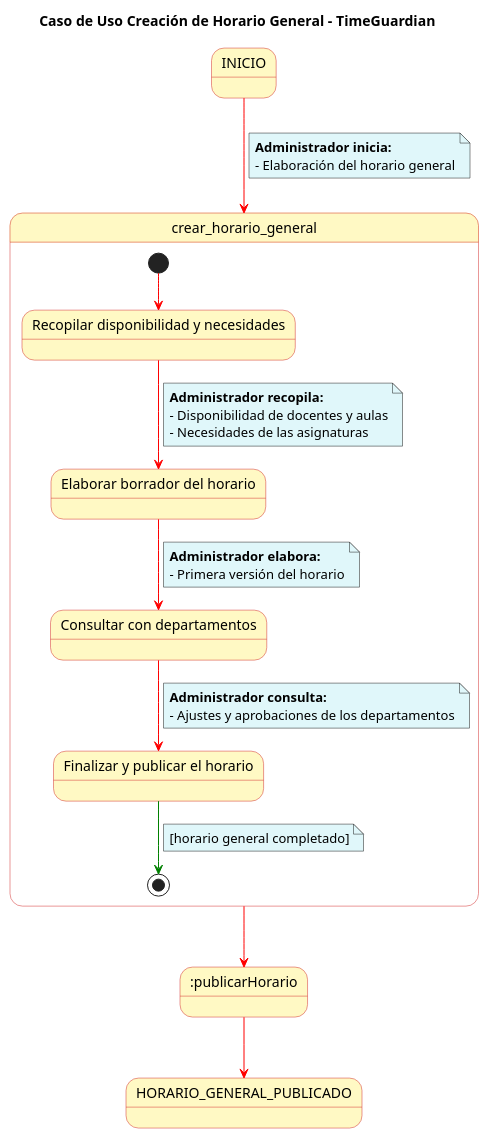
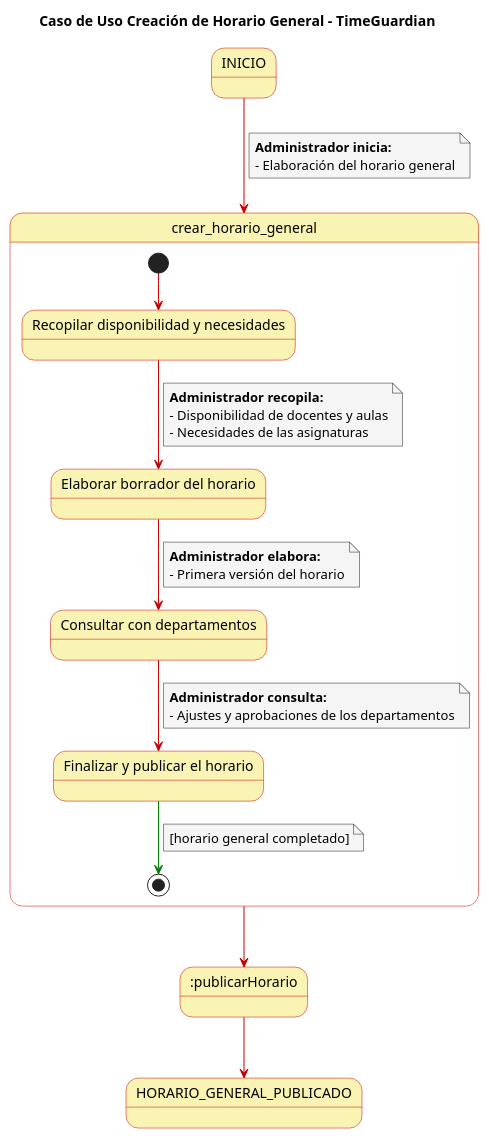
The diagram in Casos de Uso/Detalles de creación de horario.puml (FernandoWilliam26/23-24-IdSw1-SDR), drawn with PlantUML before and after one commit. The commit also changed other lines of this file and 1 other file, not shown here.

```diff
--- a/Casos de Uso/Detalles de creación de horario.puml
+++ b/Casos de Uso/Detalles de creación de horario.puml
@@ -1,55 +1,55 @@
 @startuml
 
 skinparam state {
-  BackgroundColor #fff9c4
-  BorderColor #d32f2f
+  BackgroundColor #faf4b4
+  BorderColor #c90000
 }
 
 skinparam note {
-  BackgroundColor #e0f7fa
+  BackgroundColor #f5f5f5
 }
 
 skinparam linetype polyline
 
 title Caso de Uso Creación de Horario General - TimeGuardian
 
-INICIO -[#red]-> crear_horario_general
+INICIO -[#c90000]-> crear_horario_general
 note on link
   **Administrador inicia:**
   - Elaboración del horario general
 end note
 
 state crear_horario_general {
   state "Recopilar disponibilidad y necesidades" as A
   state "Elaborar borrador del horario" as B
   state "Consultar con departamentos" as C
   state "Finalizar y publicar el horario" as D
 
-  [*] -[#red]-> A
-  A -[#red]-> B
+  [*] -[#c90000]-> A
+  A -[#c90000]-> B
   note on link
       **Administrador recopila:**
       - Disponibilidad de docentes y aulas
       - Necesidades de las asignaturas
   end note
-  B -[#red]-> C
+  B -[#c90000]-> C
   note on link
     **Administrador elabora:**
     - Primera versión del horario
   end note
-  C -[#red]-> D
+  C -[#c90000]-> D
   note on link
     **Administrador consulta:**
     - Ajustes y aprobaciones de los departamentos
   end note
   D -[#green]-> [*]
   note on link
     [horario general completado]
   end note
 }
 
-crear_horario_general -[#red]-> :publicarHorario
+crear_horario_general -[#c90000]-> :publicarHorario
 
-:publicarHorario -[#red]-> HORARIO_GENERAL_PUBLICADO
+:publicarHorario -[#c90000]-> HORARIO_GENERAL_PUBLICADO
 
 @enduml
```
